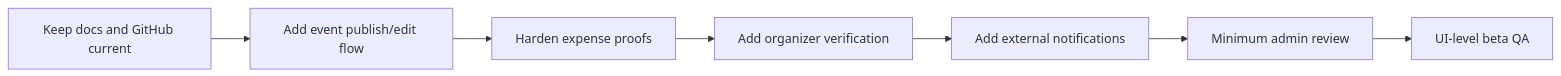
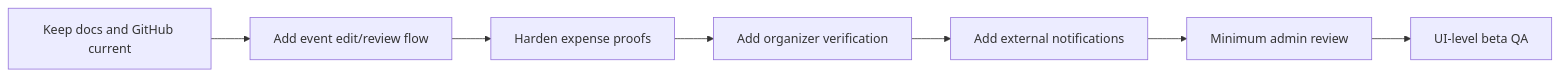
One commit to moirakk/GatherUp changed the fourth of 4 diagrams in docs/project-architecture-brief-v0.1.md. Above: the diagram before and after it, drawn with Mermaid. The commit also changed other lines of this file and 8 other files, not shown here.

````diff
--- a/docs/project-architecture-brief-v0.1.md
+++ b/docs/project-architecture-brief-v0.1.md
@@ -239,9 +239,9 @@
 ```mermaid
 flowchart LR
-  A["Keep docs and GitHub current"] --> B["Add event publish/edit flow"]
+  A["Keep docs and GitHub current"] --> B["Add event edit/review flow"]
   B --> C["Harden expense proofs"]
   C --> D["Add organizer verification"]
   D --> E["Add external notifications"]
   E --> F["Minimum admin review"]
   F --> G["UI-level beta QA"]
 ```
````
